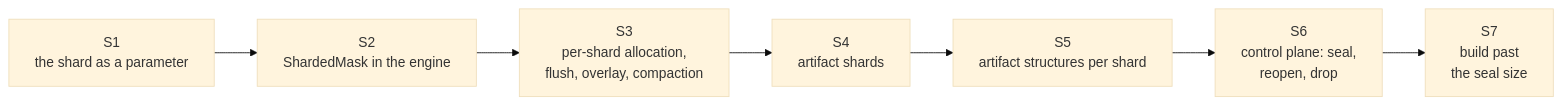
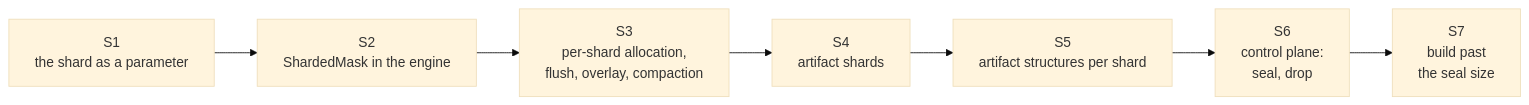
One commit to jennis0/tesseradb changed the fifth of 5 diagrams in docs/design/sharding.md. Above: the diagram before and after it, drawn with Mermaid (base theme). The commit also changed other lines of this file and 3 other files, not shown here.

````diff
--- a/docs/design/sharding.md
+++ b/docs/design/sharding.md
@@ -564,9 +597,9 @@
 ```mermaid
 flowchart LR
   S1["S1<br/>the shard as a parameter"] --> S2["S2<br/>ShardedMask in the engine"]
   S2 --> S3["S3<br/>per-shard allocation,<br/>flush, overlay, compaction"]
   S3 --> S4["S4<br/>artifact shards"]
   S4 --> S5["S5<br/>artifact structures per shard"]
-  S5 --> S6["S6<br/>control plane: seal,<br/>reopen, drop"]
+  S5 --> S6["S6<br/>control plane:<br/>seal, drop"]
   S6 --> S7["S7<br/>build past<br/>the seal size"]
 ```
````
